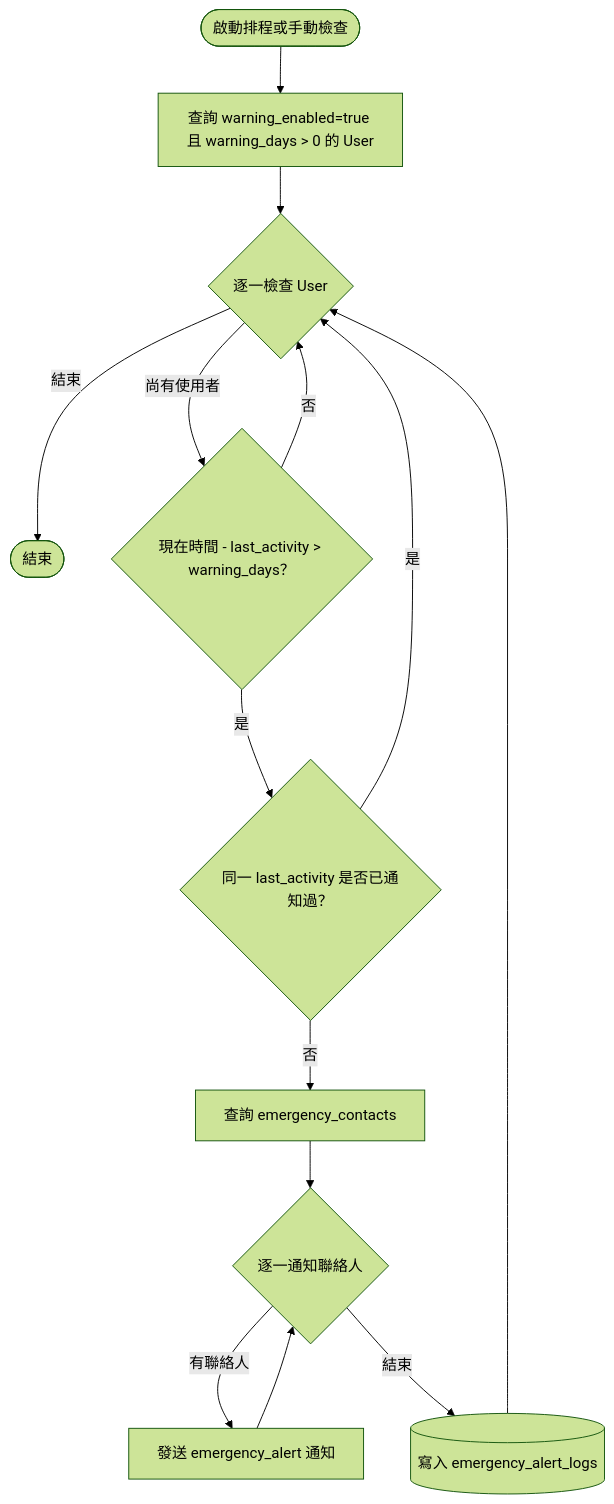
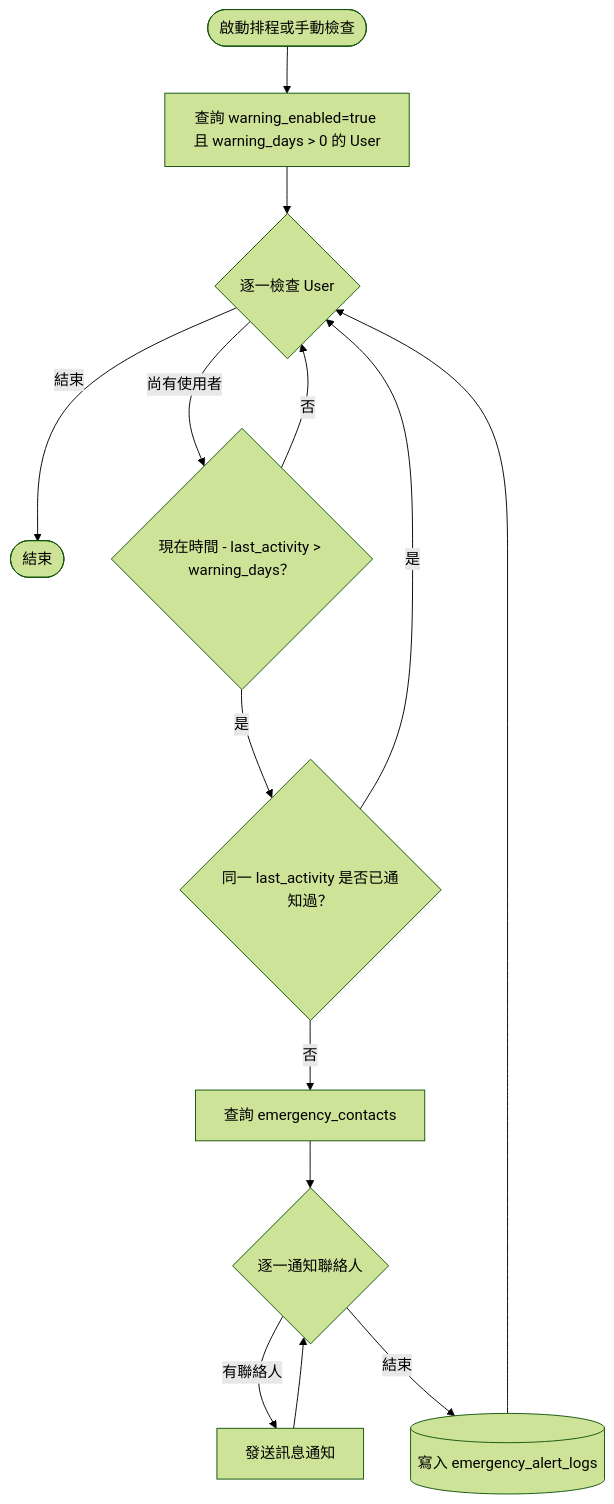
One commit to nearcsie/near-chat changed the tenth of 10 diagrams in docs/report-3.md. Above: the diagram before and after it, drawn with Mermaid (forest theme). The commit also changed other lines of this file, not shown here.

````diff
--- a/docs/report-3.md
+++ b/docs/report-3.md
@@ -379,19 +335,19 @@
 ```mermaid
 flowchart TD
     Start([啟動排程或手動檢查]) --> GetActiveUsers[查詢 warning_enabled=true 且 warning_days > 0 的 User]
     GetActiveUsers --> LoopUsers{逐一檢查 User}
 
     LoopUsers -- 結束 --> End([結束])
     LoopUsers -- 尚有使用者 --> CheckInactivity{現在時間 - last_activity > warning_days？}
 
     CheckInactivity -- 否 --> LoopUsers
     CheckInactivity -- 是 --> CheckAlreadyAlerted{同一 last_activity 是否已通知過？}
 
     CheckAlreadyAlerted -- 是 --> LoopUsers
     CheckAlreadyAlerted -- 否 --> FetchContacts[查詢 emergency_contacts]
     FetchContacts --> LoopContacts{逐一通知聯絡人}
 
-    LoopContacts -- 有聯絡人 --> SendAlert[發送 emergency_alert 通知]
+    LoopContacts -- 有聯絡人 --> SendAlert[發送訊息通知]
     SendAlert --> LoopContacts
     LoopContacts -- 結束 --> InsertLog[(寫入 emergency_alert_logs)] --> LoopUsers
 ```
````
